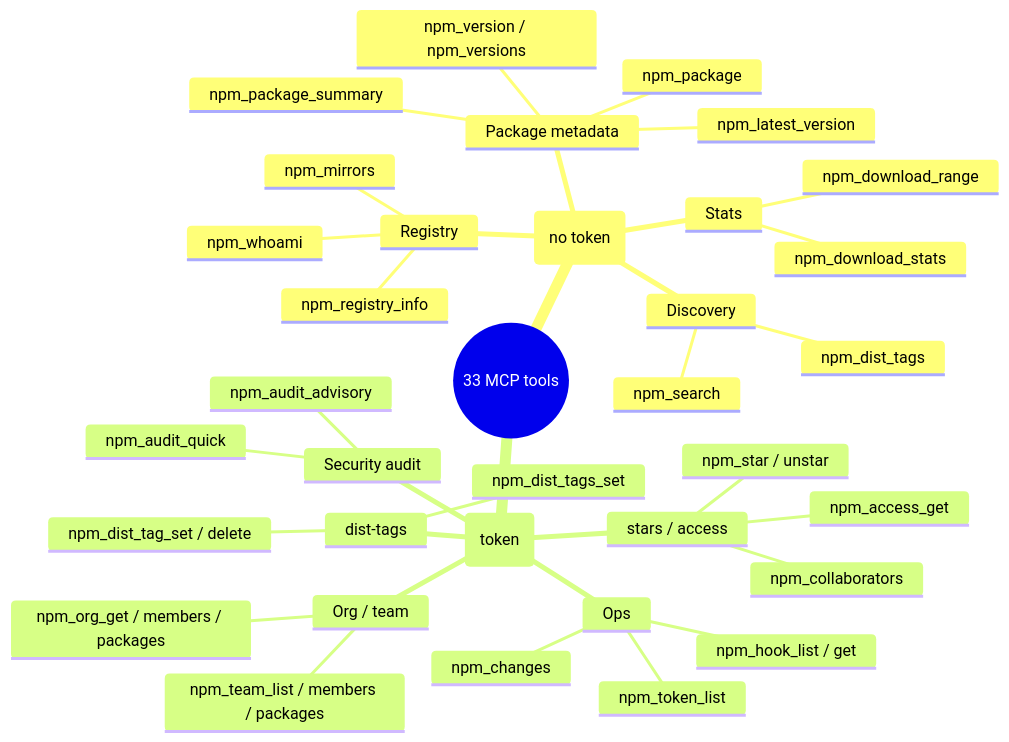
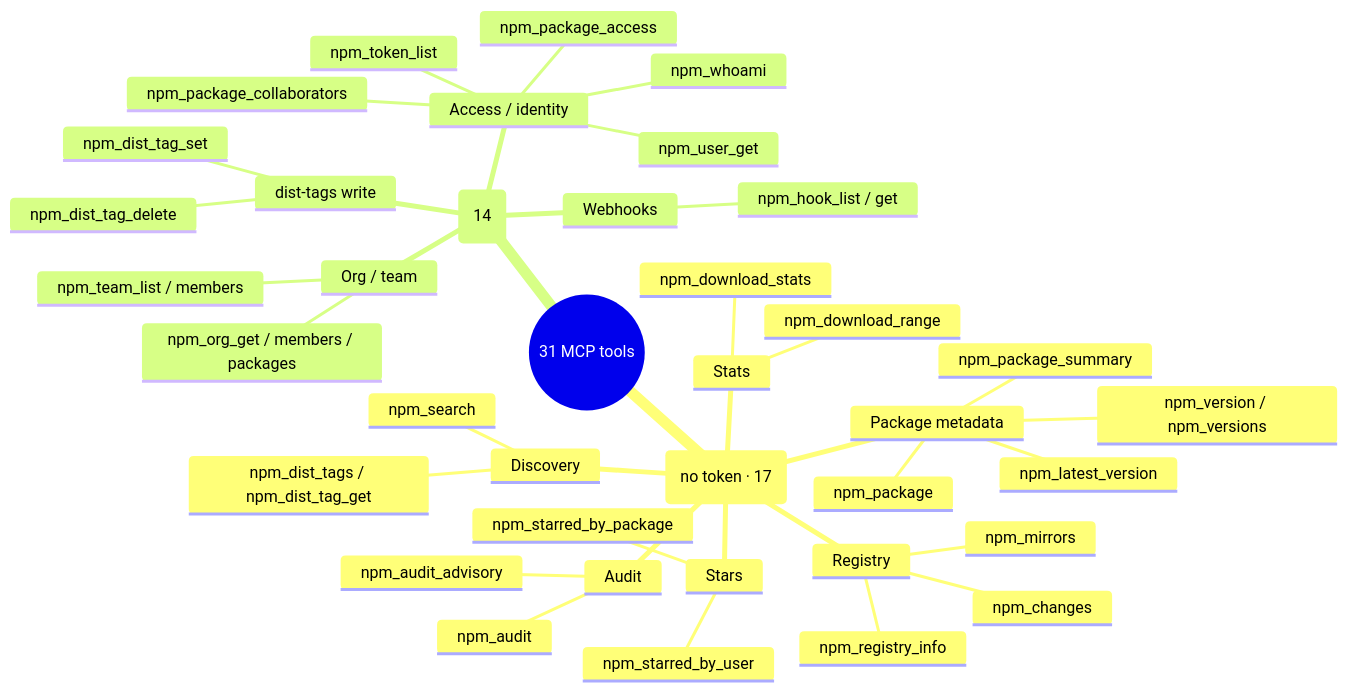
Before and after one commit to scagogogo/npm-skills: the third of 3 diagrams in website/en/mcp-server.md, drawn with Mermaid. The commit also changed other lines of this file and 6 other files, not shown here.

First line of the commit message:
docs: correct MCP tool list (33→31, real names) and method count (71→76)

````diff
--- a/website/en/mcp-server.md
+++ b/website/en/mcp-server.md
@@ -107,38 +107,41 @@
 ```mermaid
 mindmap
-  root((33 MCP tools))
-    Read (no token)
+  root((31 MCP tools))
+    Read (no token · 17)
       Package metadata
         npm_package
         npm_package_summary
         npm_version / npm_versions
         npm_latest_version
       Discovery
         npm_search
-        npm_dist_tags
+        npm_dist_tags / npm_dist_tag_get
       Stats
         npm_download_stats
         npm_download_range
+      Audit
+        npm_audit
+        npm_audit_advisory
+      Stars
+        npm_starred_by_package
+        npm_starred_by_user
       Registry
         npm_registry_info
         npm_mirrors
+        npm_changes
+    Token required (14)
+      dist-tags write
+        npm_dist_tag_set
+        npm_dist_tag_delete
+      Access / identity
+        npm_package_access
+        npm_package_collaborators
+        npm_user_get
         npm_whoami
-    Write (token)
-      dist-tags
-        npm_dist_tag_set / delete
-        npm_dist_tags_set
-      stars / access
-        npm_star / unstar
-        npm_access_get
-        npm_collaborators
-      Security audit
-        npm_audit_quick
-        npm_audit_advisory
+        npm_token_list
       Org / team
         npm_org_get / members / packages
-        npm_team_list / members / packages
-      Ops
-        npm_token_list
+        npm_team_list / members
+      Webhooks
         npm_hook_list / get
-        npm_changes
 ```
````
